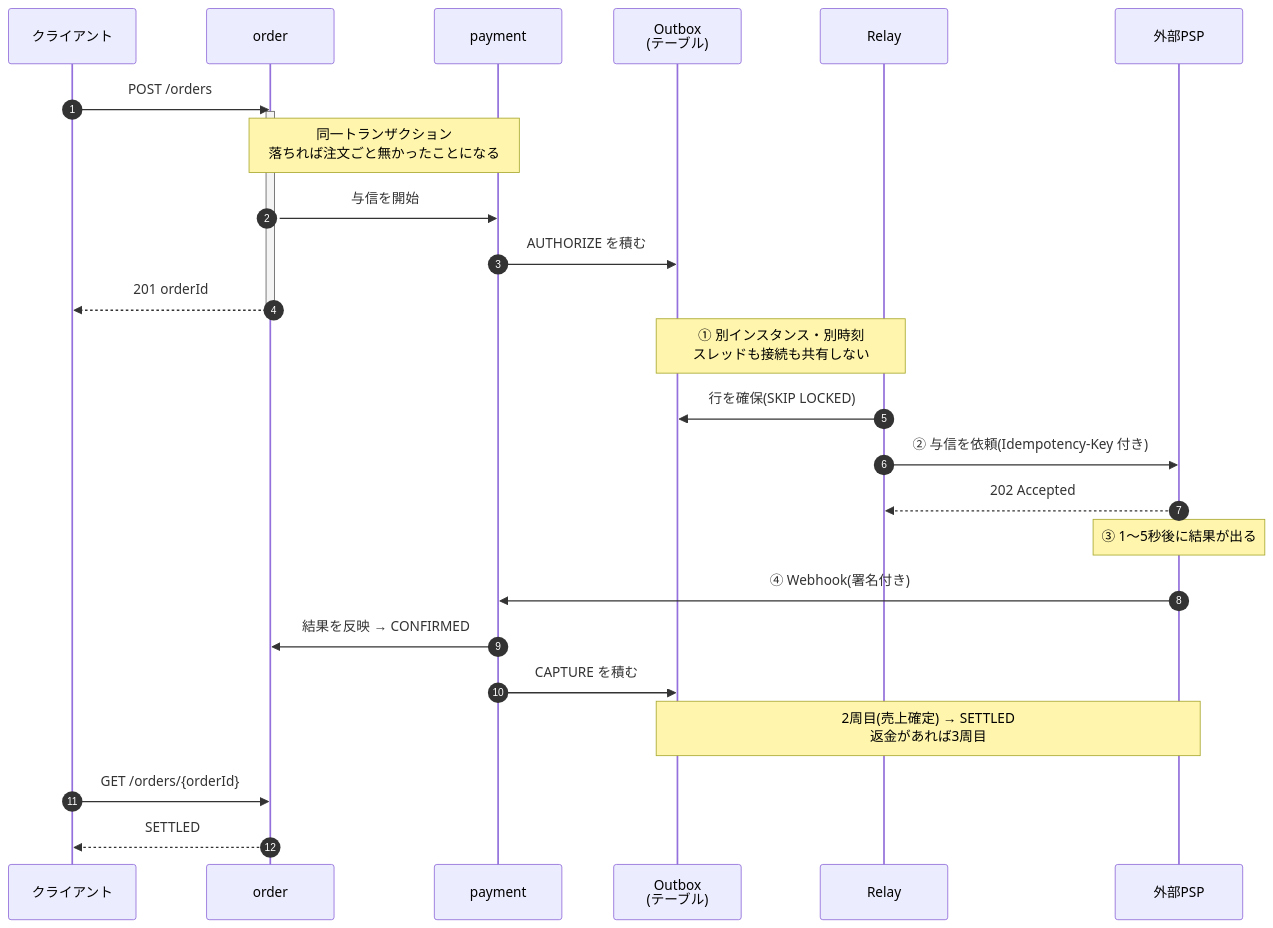
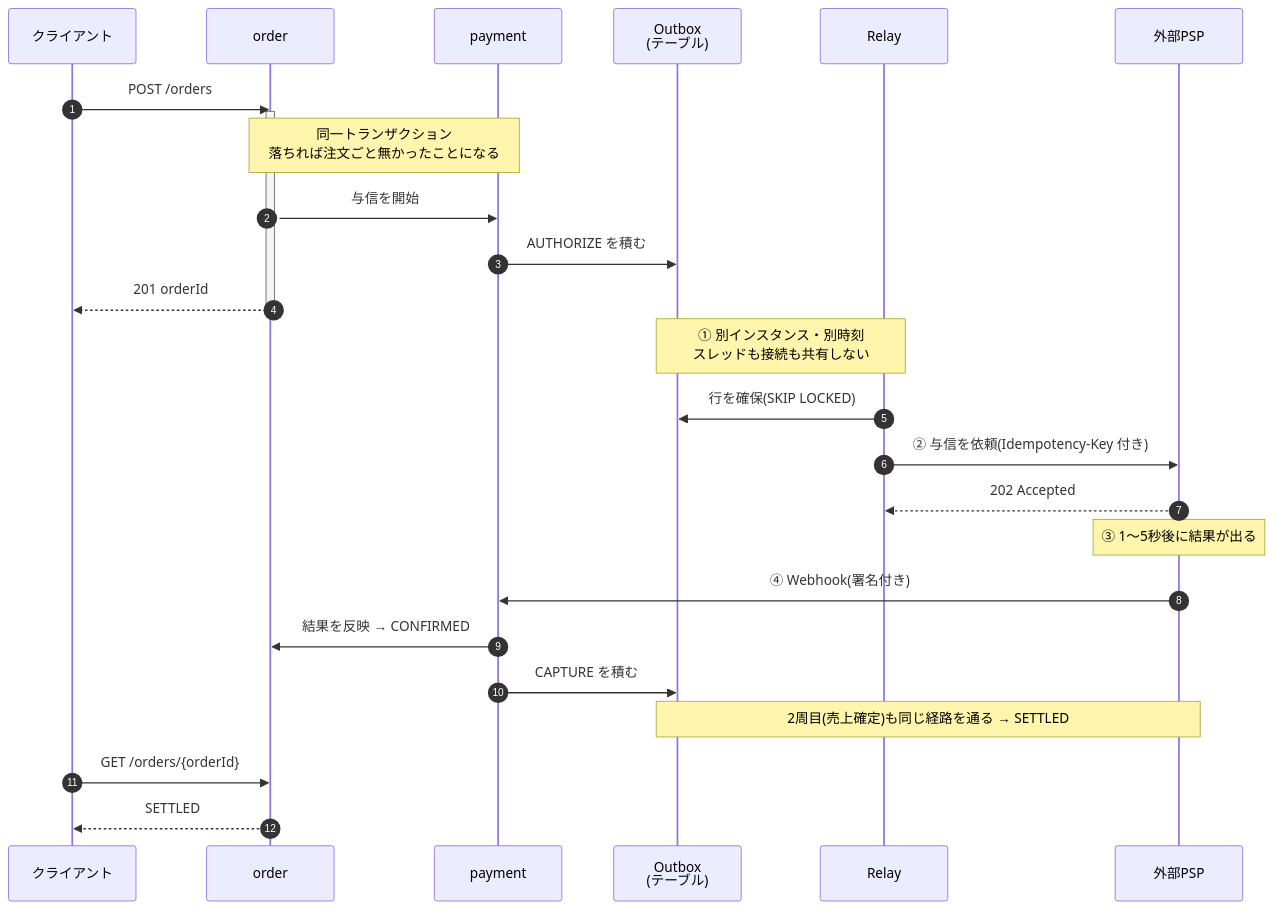
One commit to mizuna325/settlement changed the first of 2 diagrams in README.md. Above: the diagram before and after it, drawn with Mermaid. The commit also changed other lines of this file, not shown here.

First line of the commit message:
stop counting refund as part of the POST /orders flow

````diff
--- a/README.md
+++ b/README.md
@@ -13,32 +13,32 @@
 ```mermaid
 sequenceDiagram
     autonumber
     participant C as クライアント
     participant O as order
     participant P as payment
     participant DB as Outbox<br/>(テーブル)
     participant R as Relay
     participant PSP as 外部PSP
 
     C->>O: POST /orders
     activate O
     Note over O,P: 同一トランザクション<br/>落ちれば注文ごと無かったことになる
     O->>P: 与信を開始
     P->>DB: AUTHORIZE を積む
     O-->>C: 201 orderId
     deactivate O
 
     Note over DB,R: ① 別インスタンス・別時刻<br/>スレッドも接続も共有しない
     R->>DB: 行を確保(SKIP LOCKED)
     R->>PSP: ② 与信を依頼(Idempotency-Key 付き)
     PSP-->>R: 202 Accepted
     Note over PSP: ③ 1〜5秒後に結果が出る
     PSP->>P: ④ Webhook(署名付き)
     P->>O: 結果を反映 → CONFIRMED
     P->>DB: CAPTURE を積む
 
-    Note over DB,PSP: 2周目(売上確定) → SETTLED<br/>返金があれば3周目
+    Note over DB,PSP: 2周目(売上確定)も同じ経路を通る → SETTLED
 
     C->>O: GET /orders/{orderId}
     O-->>C: SETTLED
 ```
````
